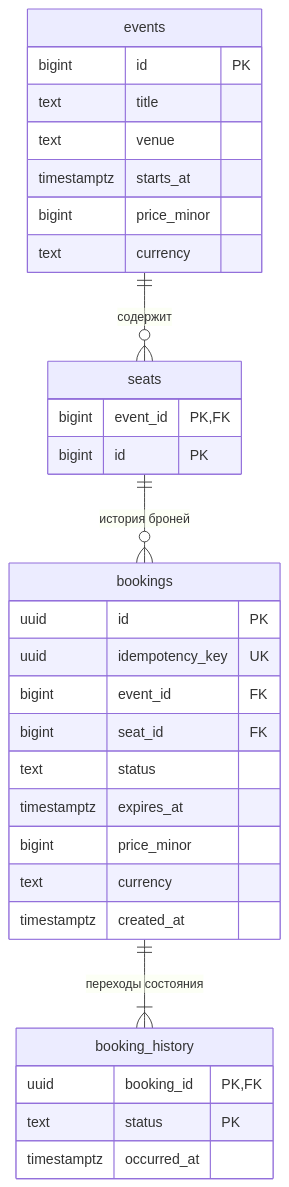
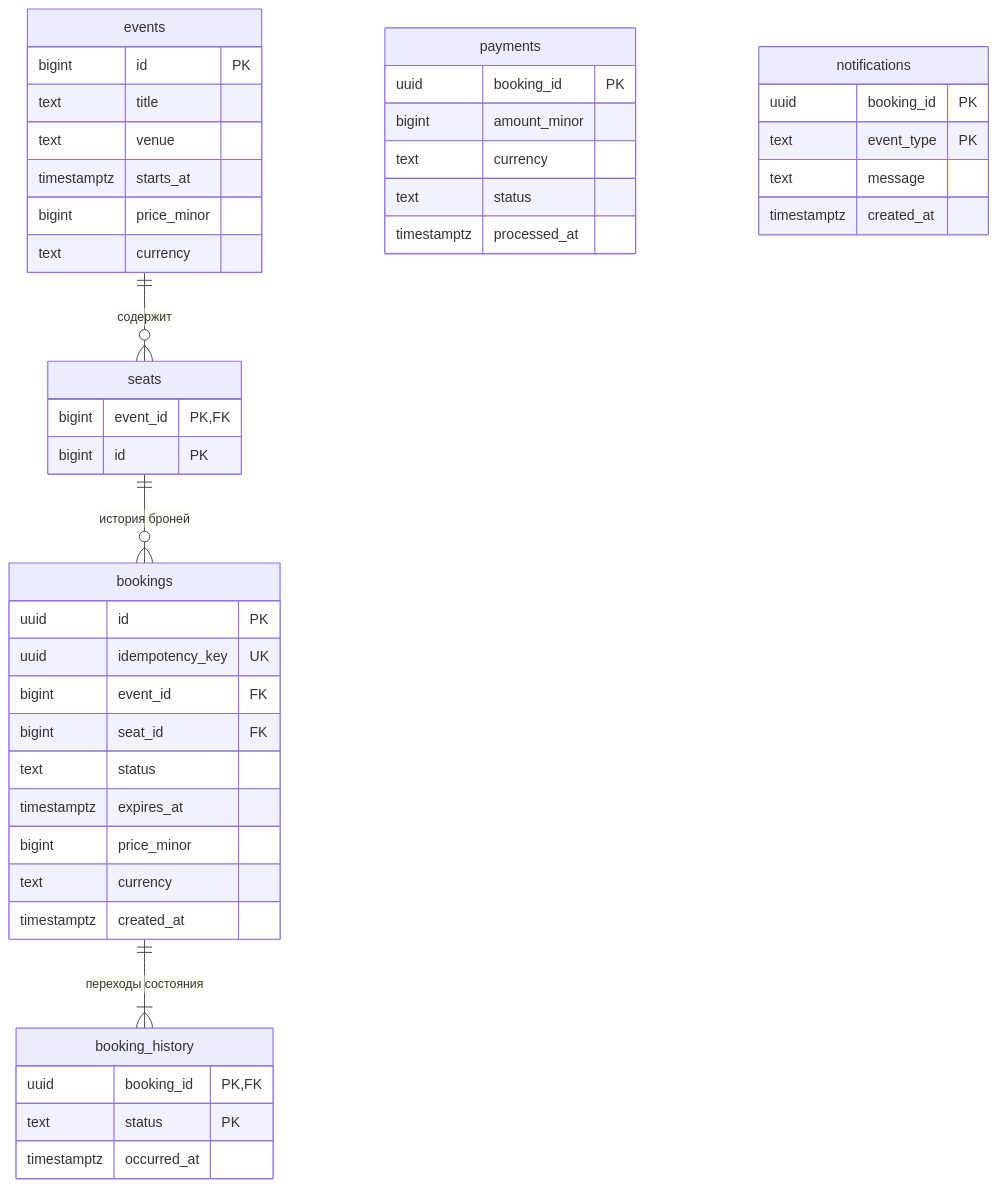
Before and after one commit to tsostanov/SeatFlow: the fourth of 4 diagrams in README.md, drawn with Mermaid. The commit also changed other lines of this file and 26 other files, not shown here.

````diff
--- a/README.md
+++ b/README.md
@@ -151,35 +169,48 @@
 ```mermaid
 erDiagram
     events ||--o{ seats : "содержит"
     seats ||--o{ bookings : "история броней"
     bookings ||--|{ booking_history : "переходы состояния"
 
     events {
         bigint id PK
         text title
         text venue
         timestamptz starts_at
         bigint price_minor
         text currency
     }
     seats {
         bigint event_id PK,FK
         bigint id PK
     }
     bookings {
         uuid id PK
         uuid idempotency_key UK
         bigint event_id FK
         bigint seat_id FK
         text status
         timestamptz expires_at
         bigint price_minor
         text currency
         timestamptz created_at
     }
     booking_history {
         uuid booking_id PK,FK
         text status PK
         timestamptz occurred_at
     }
+    payments {
+        uuid booking_id PK
+        bigint amount_minor
+        text currency
+        text status
+        timestamptz processed_at
+    }
+    notifications {
+        uuid booking_id PK
+        text event_type PK
+        text message
+        timestamptz created_at
+    }
 ```
````
